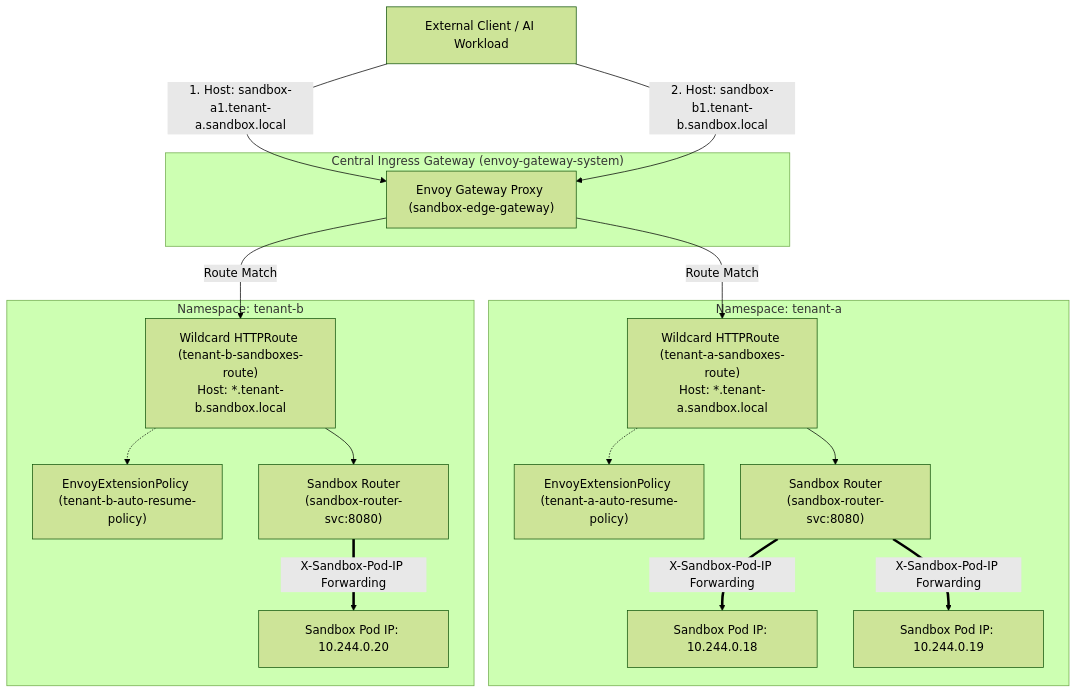
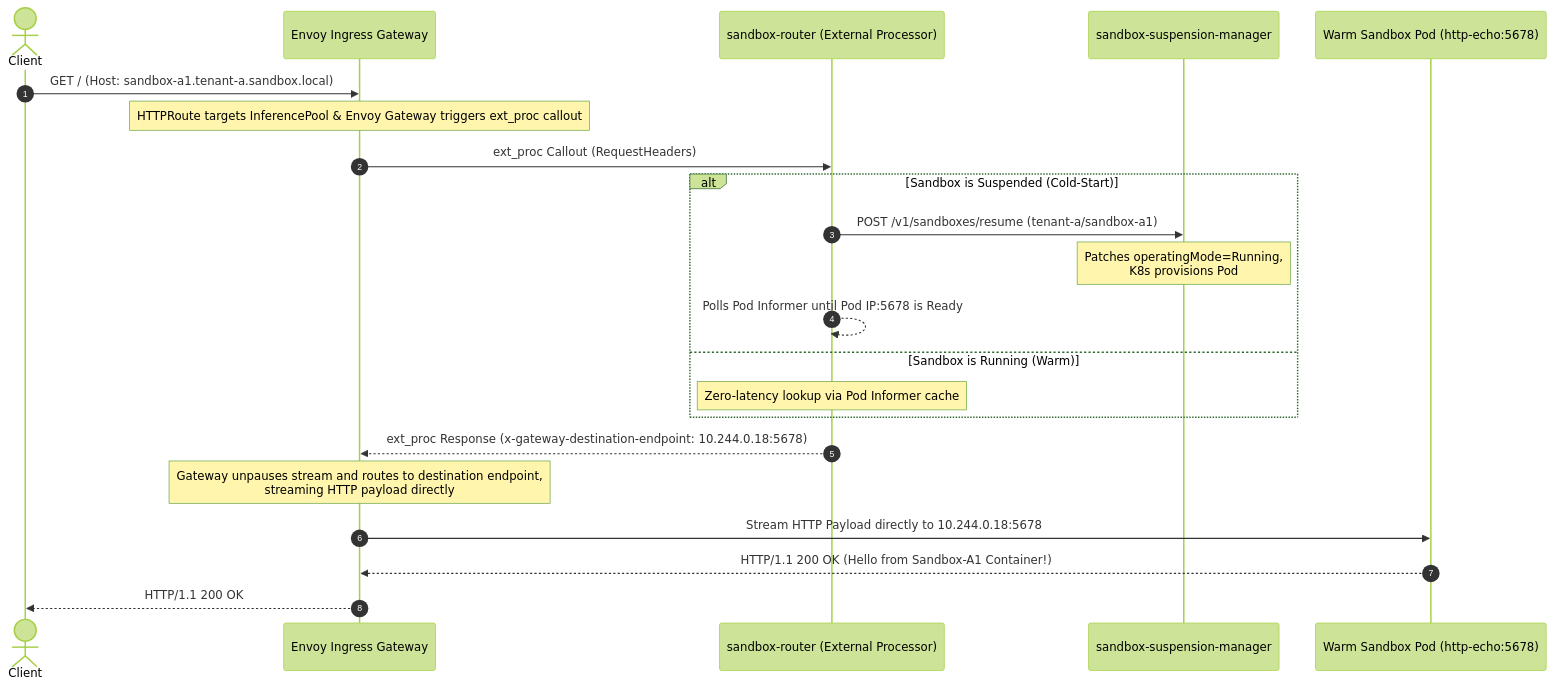
One commit to kubernetes-sigs/agent-sandbox changed the diagram in examples/auto-resume-sandbox/README.md. Above: the diagram before and after it, drawn with Mermaid (forest theme). The commit also changed other lines of this file and 42 other files, not shown here.

Commit message:
Implement via inference pool.

````diff
--- a/examples/auto-resume-sandbox/README.md
+++ b/examples/auto-resume-sandbox/README.md
@@ -13,39 +18,27 @@
 ```mermaid
-flowchart TB
-    Client["External Client / AI Workload"]
+sequenceDiagram
+    autonumber
+    actor Client
+    participant Envoy as Envoy Ingress Gateway
+    participant Router as sandbox-router (External Processor)
+    participant Mgr as sandbox-suspension-manager
+    participant Pod as Warm Sandbox Pod (http-echo:5678)
 
-    subgraph Edge["Central Ingress Gateway (envoy-gateway-system)"]
-        Gateway["Envoy Gateway Proxy (sandbox-edge-gateway)"]
+    Client->>Envoy: GET / (Host: sandbox-a1.tenant-a.sandbox.local)
+    Note over Envoy: HTTPRoute targets InferencePool & Envoy Gateway triggers ext_proc callout
+    Envoy->>Router: ext_proc Callout (RequestHeaders)
+    
+    alt Sandbox is Suspended (Cold-Start)
+        Router->>Mgr: POST /v1/sandboxes/resume (tenant-a/sandbox-a1)
+        Note over Mgr: Patches operatingMode=Running,<br/>K8s provisions Pod
+        Router-->>Router: Polls Pod Informer until Pod IP:5678 is Ready
+    else Sandbox is Running (Warm)
+        Note over Router: Zero-latency lookup via Pod Informer cache
     end
 
-    subgraph TenantA["Namespace: tenant-a"]
-        RouteA["Wildcard HTTPRoute (tenant-a-sandboxes-route)<br/>Host: *.tenant-a.sandbox.local"]
-        PolicyA["EnvoyExtensionPolicy (tenant-a-auto-resume-policy)"]
-        RouterA["Sandbox Router<br/>(sandbox-router-svc:8080)"]
-        PodA1["Sandbox Pod IP: 10.244.0.18"]
-        PodA2["Sandbox Pod IP: 10.244.0.19"]
-    end
-
-    subgraph TenantB["Namespace: tenant-b"]
-        RouteB["Wildcard HTTPRoute (tenant-b-sandboxes-route)<br/>Host: *.tenant-b.sandbox.local"]
-        PolicyB["EnvoyExtensionPolicy (tenant-b-auto-resume-policy)"]
-        RouterB["Sandbox Router<br/>(sandbox-router-svc:8080)"]
-        PodB1["Sandbox Pod IP: 10.244.0.20"]
-    end
-
-    Client -->|"1. Host: sandbox-a1.tenant-a.sandbox.local"| Gateway
-    Client -->|"2. Host: sandbox-b1.tenant-b.sandbox.local"| Gateway
-
-    Gateway -->|"Route Match"| RouteA
-    Gateway -->|"Route Match"| RouteB
-
-    RouteA -.-> PolicyA
-    RouteB -.-> PolicyB
-
-    RouteA --> RouterA
-    RouteB --> RouterB
-
-    RouterA ==>|"X-Sandbox-Pod-IP Forwarding"| PodA1
-    RouterA ==>|"X-Sandbox-Pod-IP Forwarding"| PodA2
-    RouterB ==>|"X-Sandbox-Pod-IP Forwarding"| PodB1
+    Router-->>Envoy: ext_proc Response (x-gateway-destination-endpoint: 10.244.0.18:5678)
+    Note over Envoy: Gateway unpauses stream and routes to destination endpoint,<br/>streaming HTTP payload directly
+    Envoy->>Pod: Stream HTTP Payload directly to 10.244.0.18:5678
+    Pod-->>Envoy: HTTP/1.1 200 OK (Hello from Sandbox-A1 Container!)
+    Envoy-->>Client: HTTP/1.1 200 OK
 ```
````
